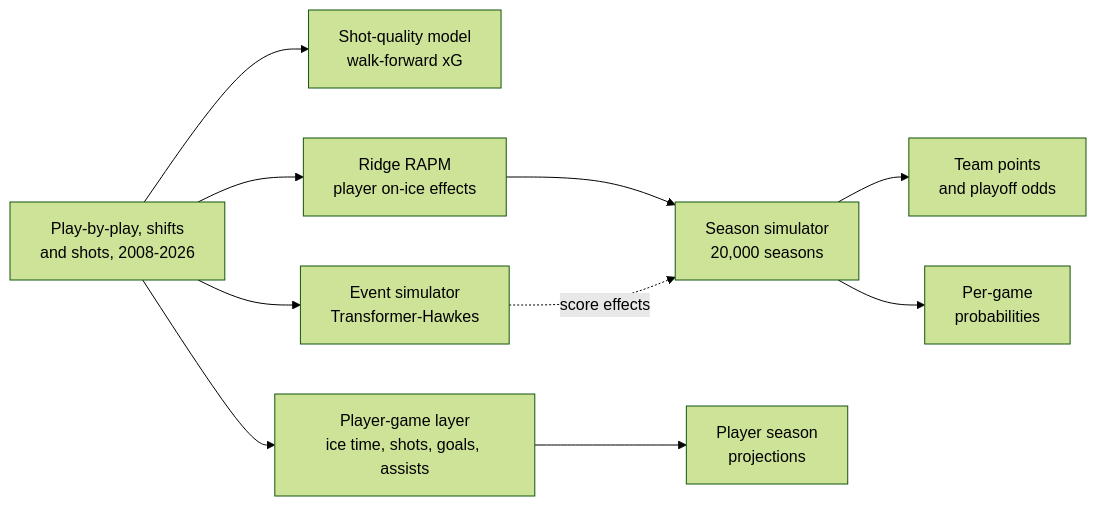
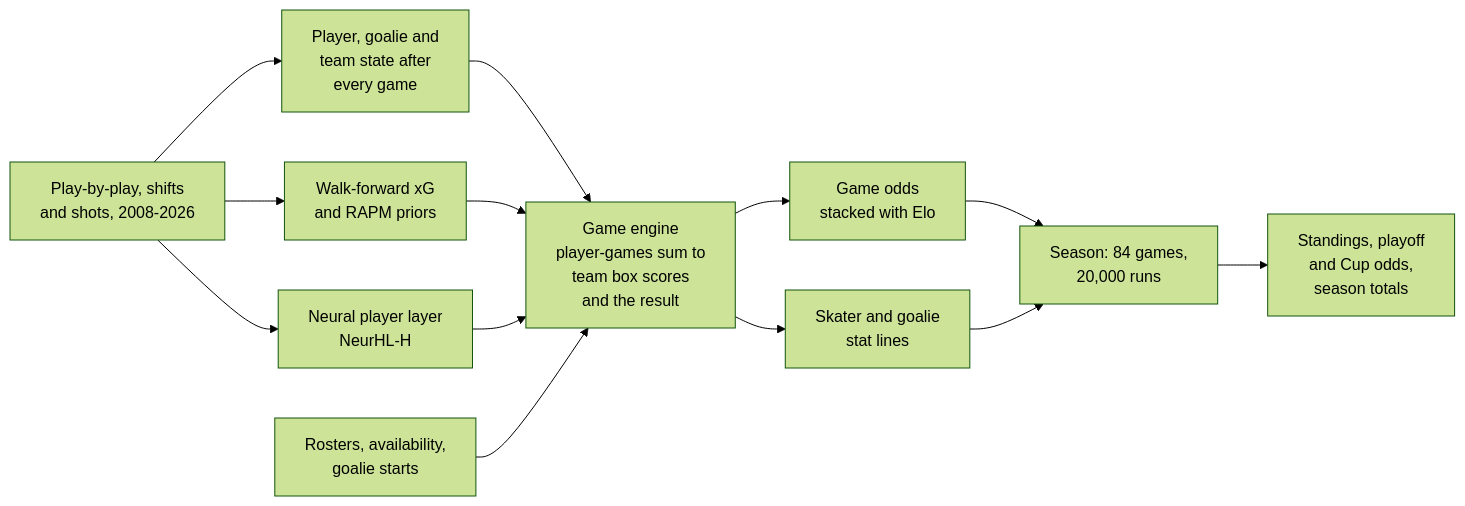
Before and after one commit to ph05/neurhl: the diagram in README.md, drawn with Mermaid (forest theme). The commit also changed other lines of this file and 62 other files, not shown here.

Commit message:
Opening-night freeze: NeurHL 1.0 predictions for 2026-27 on the post-deadline rosters, dated update U1, goal calibration m0, preview forecasts

````diff
--- a/README.md
+++ b/README.md
@@ -70,12 +24,15 @@
 ```mermaid
 flowchart LR
-  A[Play-by-play, shifts<br/>and shots, 2008-2026] --> B[Shot-quality model<br/>walk-forward xG]
-  A --> C[Ridge RAPM<br/>player on-ice effects]
-  A --> D[Event simulator<br/>Transformer-Hawkes]
-  A --> E[Player-game layer<br/>ice time, shots, goals, assists]
-  C --> F[Season simulator<br/>20,000 seasons]
-  D -. score effects .-> F
-  E --> G[Player season<br/>projections]
-  F --> H[Team points<br/>and playoff odds]
-  F --> I[Per-game<br/>probabilities]
+  A[Play-by-play, shifts<br/>and shots, 2008-2026] --> B[Player, goalie and<br/>team state after<br/>every game]
+  A --> C[Walk-forward xG<br/>and RAPM priors]
+  A --> D[Neural player layer<br/>NeurHL-H]
+  B --> E[Game engine<br/>player-games sum to<br/>team box scores<br/>and the result]
+  C --> E
+  D --> E
+  F[Rosters, availability,<br/>goalie starts] --> E
+  E --> G[Game odds<br/>stacked with Elo]
+  E --> H[Skater and goalie<br/>stat lines]
+  G --> I[Season: 84 games,<br/>20,000 runs]
+  H --> I
+  I --> J[Standings, playoff<br/>and Cup odds,<br/>season totals]
 ```
````
